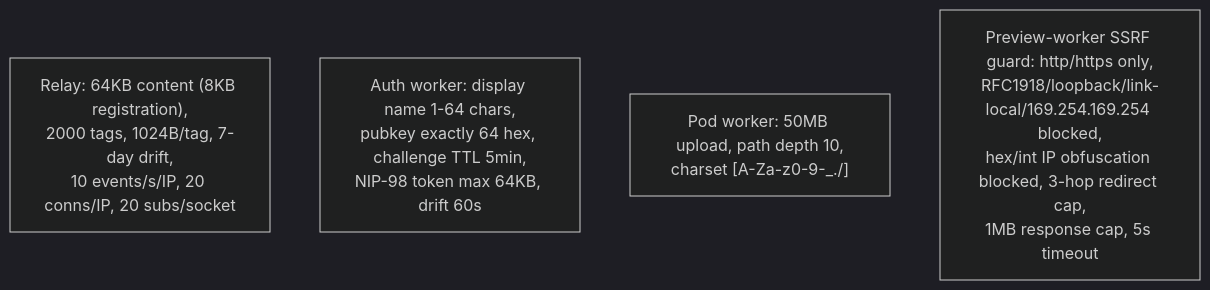
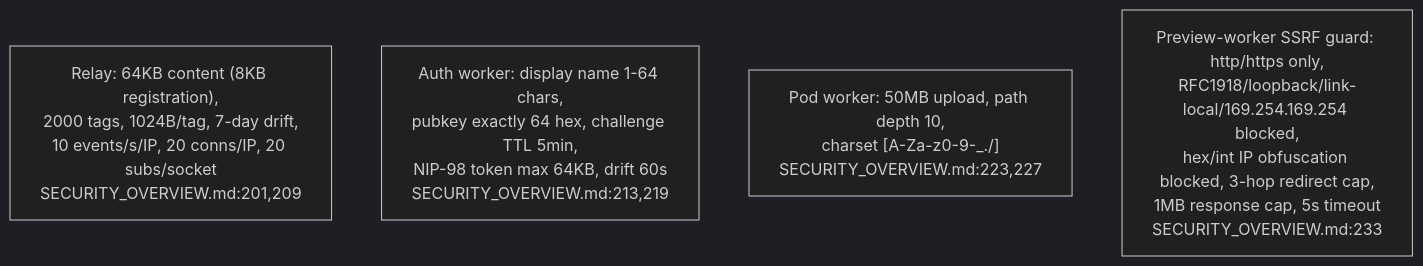
Before and after one commit to DreamLab-AI/VisionFlow: the eighth of 8 diagrams in docs/diagrams/dreamlab-ai-website/04-identity-zones-and-security-posture.md, drawn with Mermaid (dark theme). The commit also changed other lines of this file and 185 other files, not shown here.

Commit message:
docs(estate): reconcile diagrams and ADRs with source and define closeout sprint

````diff
--- a/docs/diagrams/dreamlab-ai-website/04-identity-zones-and-security-posture.md
+++ b/docs/diagrams/dreamlab-ai-website/04-identity-zones-and-security-posture.md
@@ -121,7 +122,7 @@
 ```mermaid
 flowchart TB
-    RELAY["Relay: 64KB content (8KB registration),<br/>2000 tags, 1024B/tag, 7-day drift,<br/>10 events/s/IP, 20 conns/IP, 20 subs/socket"]
-    AUTHW["Auth worker: display name 1-64 chars,<br/>pubkey exactly 64 hex, challenge TTL 5min,<br/>NIP-98 token max 64KB, drift 60s"]
-    POD["Pod worker: 50MB upload, path depth 10,<br/>charset [A-Za-z0-9-_./]"]
-    SSRF["Preview-worker SSRF guard: http/https only,<br/>RFC1918/loopback/link-local/169.254.169.254 blocked,<br/>hex/int IP obfuscation blocked, 3-hop redirect cap,<br/>1MB response cap, 5s timeout"]
+    RELAY["Relay: 64KB content (8KB registration),<br/>2000 tags, 1024B/tag, 7-day drift,<br/>10 events/s/IP, 20 conns/IP, 20 subs/socket<br/>SECURITY_OVERVIEW.md:201,209"]
+    AUTHW["Auth worker: display name 1-64 chars,<br/>pubkey exactly 64 hex, challenge TTL 5min,<br/>NIP-98 token max 64KB, drift 60s<br/>SECURITY_OVERVIEW.md:213,219"]
+    POD["Pod worker: 50MB upload, path depth 10,<br/>charset [A-Za-z0-9-_./]<br/>SECURITY_OVERVIEW.md:223,227"]
+    SSRF["Preview-worker SSRF guard: http/https only,<br/>RFC1918/loopback/link-local/169.254.169.254 blocked,<br/>hex/int IP obfuscation blocked, 3-hop redirect cap,<br/>1MB response cap, 5s timeout<br/>SECURITY_OVERVIEW.md:233"]
 ```
````
